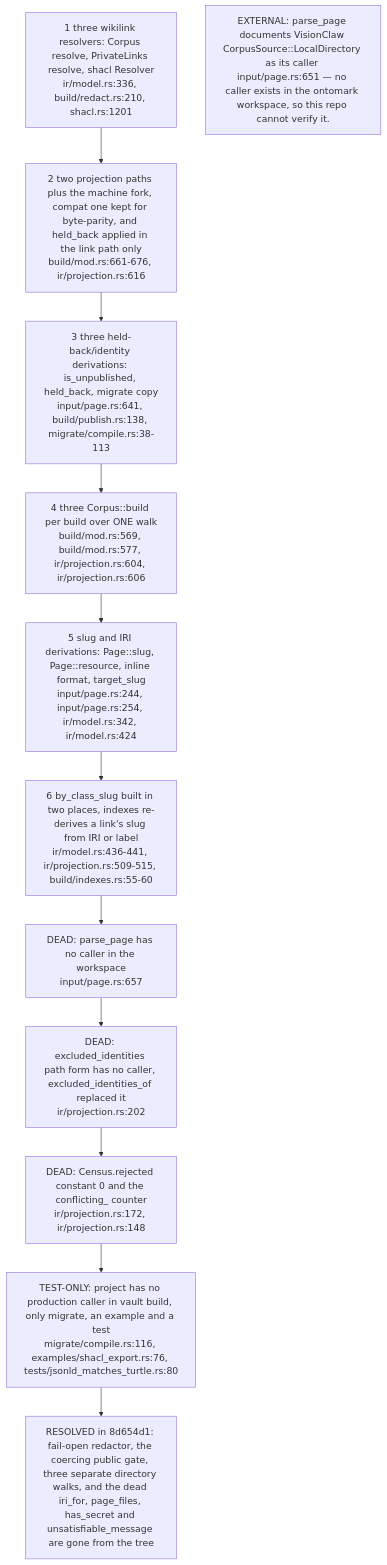
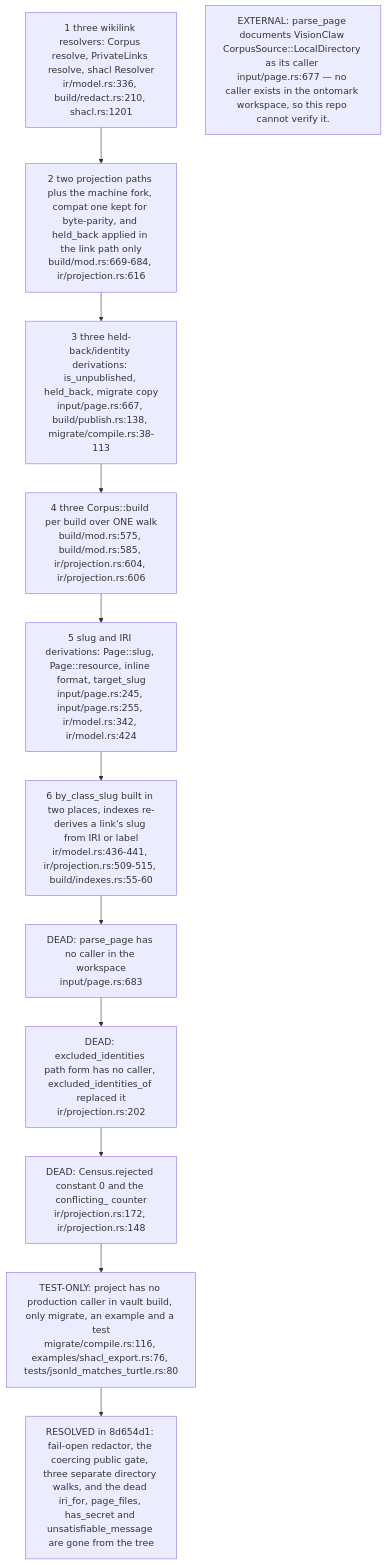
Before and after one commit to DreamLab-AI/VisionFlow: the sixth of 6 diagrams in docs/diagrams/ontomark/02-ir-corpus-projection-and-redaction.md, drawn with Mermaid. The commit also changed other lines of this file and 91 other files, not shown here.

First line of the commit message:
docs(audit): estate audit wave 2, every repository except agentbox and VisionClaw

````diff
--- a/docs/diagrams/ontomark/02-ir-corpus-projection-and-redaction.md
+++ b/docs/diagrams/ontomark/02-ir-corpus-projection-and-redaction.md
@@ -207,18 +207,18 @@
 ```mermaid
 flowchart TD
     R1["1 three wikilink resolvers: Corpus resolve, PrivateLinks resolve, shacl Resolver<br/>ir/model.rs:336, build/redact.rs:210, shacl.rs:1201"]
-    R2["2 two projection paths plus the machine fork, compat one kept for byte-parity, and held_back applied in the link path only<br/>build/mod.rs:661-676, ir/projection.rs:616"]
-    R3["3 three held-back/identity derivations: is_unpublished, held_back, migrate copy<br/>input/page.rs:641, build/publish.rs:138, migrate/compile.rs:38-113"]
-    R4["4 three Corpus::build per build over ONE walk<br/>build/mod.rs:569, build/mod.rs:577, ir/projection.rs:604, ir/projection.rs:606"]
-    R5["5 slug and IRI derivations: Page::slug, Page::resource, inline format, target_slug<br/>input/page.rs:244, input/page.rs:254, ir/model.rs:342, ir/model.rs:424"]
+    R2["2 two projection paths plus the machine fork, compat one kept for byte-parity, and held_back applied in the link path only<br/>build/mod.rs:669-684, ir/projection.rs:616"]
+    R3["3 three held-back/identity derivations: is_unpublished, held_back, migrate copy<br/>input/page.rs:667, build/publish.rs:138, migrate/compile.rs:38-113"]
+    R4["4 three Corpus::build per build over ONE walk<br/>build/mod.rs:575, build/mod.rs:585, ir/projection.rs:604, ir/projection.rs:606"]
+    R5["5 slug and IRI derivations: Page::slug, Page::resource, inline format, target_slug<br/>input/page.rs:245, input/page.rs:255, ir/model.rs:342, ir/model.rs:424"]
     R6["6 by_class_slug built in two places, indexes re-derives a link's slug from IRI or label<br/>ir/model.rs:436-441, ir/projection.rs:509-515, build/indexes.rs:55-60"]
-    D1["DEAD: parse_page has no caller in the workspace<br/>input/page.rs:657"]
+    D1["DEAD: parse_page has no caller in the workspace<br/>input/page.rs:683"]
     D2["DEAD: excluded_identities path form has no caller, excluded_identities_of replaced it<br/>ir/projection.rs:202"]
     D3["DEAD: Census.rejected constant 0 and the conflicting_ counter<br/>ir/projection.rs:172, ir/projection.rs:148"]
     D4["TEST-ONLY: project has no production caller in vault build, only migrate, an example and a test<br/>migrate/compile.rs:116, examples/shacl_export.rs:76, tests/jsonld_matches_turtle.rs:80"]
     X1["RESOLVED in 8d654d1: fail-open redactor, the coercing public gate, three separate directory walks, and the dead iri_for, page_files, has_secret and unsatisfiable_message are gone from the tree"]
-    n1["EXTERNAL: parse_page documents VisionClaw CorpusSource::LocalDirectory as its caller input/page.rs:651 — no caller exists in the ontomark workspace, so this repo cannot verify it."]
+    n1["EXTERNAL: parse_page documents VisionClaw CorpusSource::LocalDirectory as its caller input/page.rs:677 — no caller exists in the ontomark workspace, so this repo cannot verify it."]
     R1 --> R2 --> R3 --> R4 --> R5 --> R6
     R6 --> D1 --> D2 --> D3 --> D4
     D4 --> X1
 ```
````
